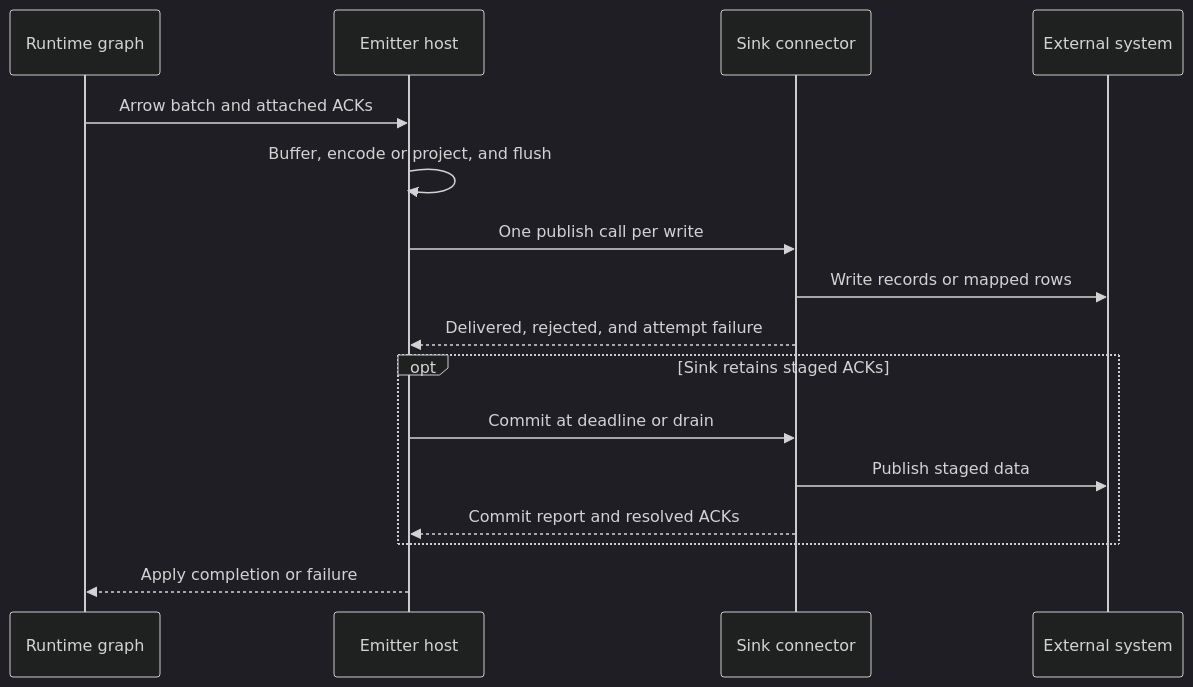
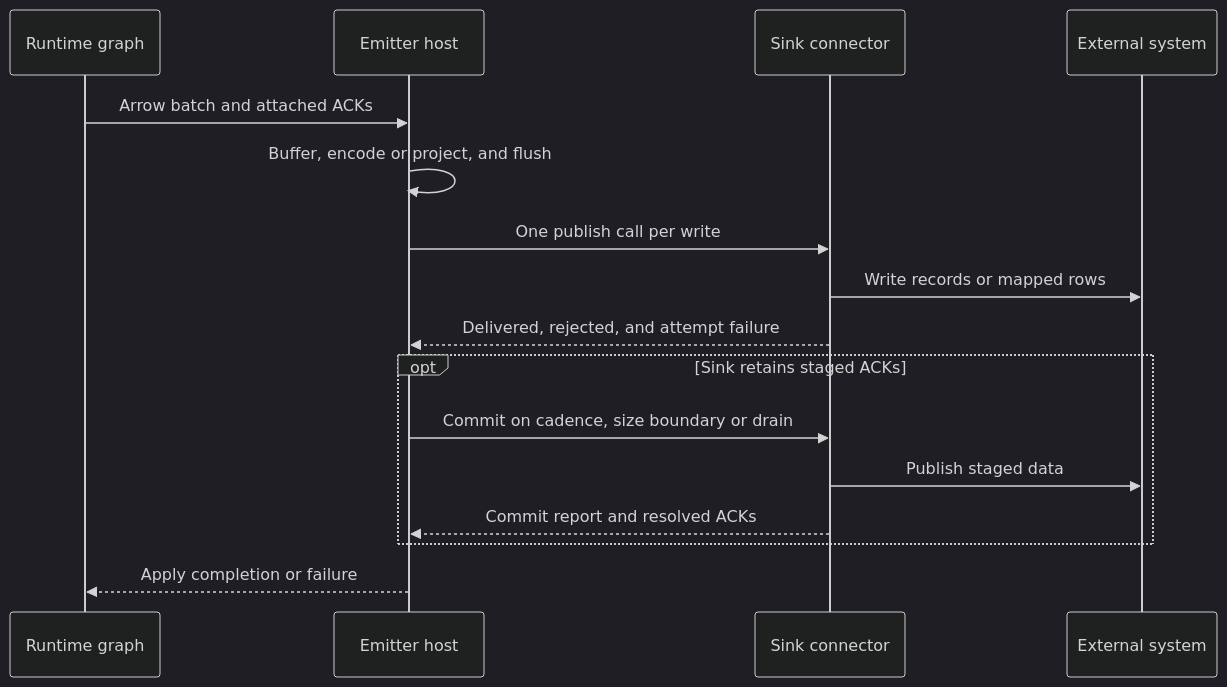
The third of 3 diagrams in docs/src/connector-contract.md (nervix-io/nervix), drawn with Mermaid (dark theme) before and after one commit. The commit also changed other lines of this file and 13 other files, not shown here.

````diff
--- a/docs/src/connector-contract.md
+++ b/docs/src/connector-contract.md
@@ -730,18 +737,18 @@
 ```mermaid
 sequenceDiagram
     participant Graph as Runtime graph
     participant Host as Emitter host
     participant Sink as Sink connector
     participant External as External system
     Graph->>Host: Arrow batch and attached ACKs
     Host->>Host: Buffer, encode or project, and flush
     Host->>Sink: One publish call per write
     Sink->>External: Write records or mapped rows
     Sink-->>Host: Delivered, rejected, and attempt failure
     opt Sink retains staged ACKs
-        Host->>Sink: Commit at deadline or drain
+        Host->>Sink: Commit on cadence, size boundary or drain
         Sink->>External: Publish staged data
         Sink-->>Host: Commit report and resolved ACKs
     end
     Host-->>Graph: Apply completion or failure
 ```
````
